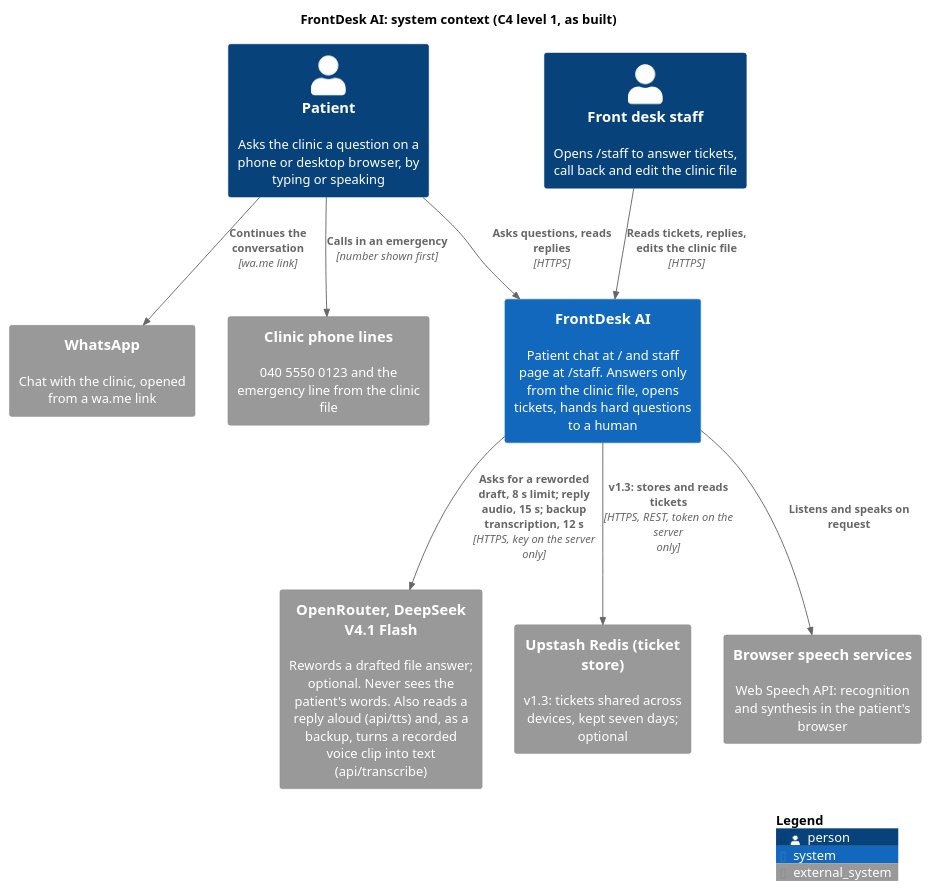
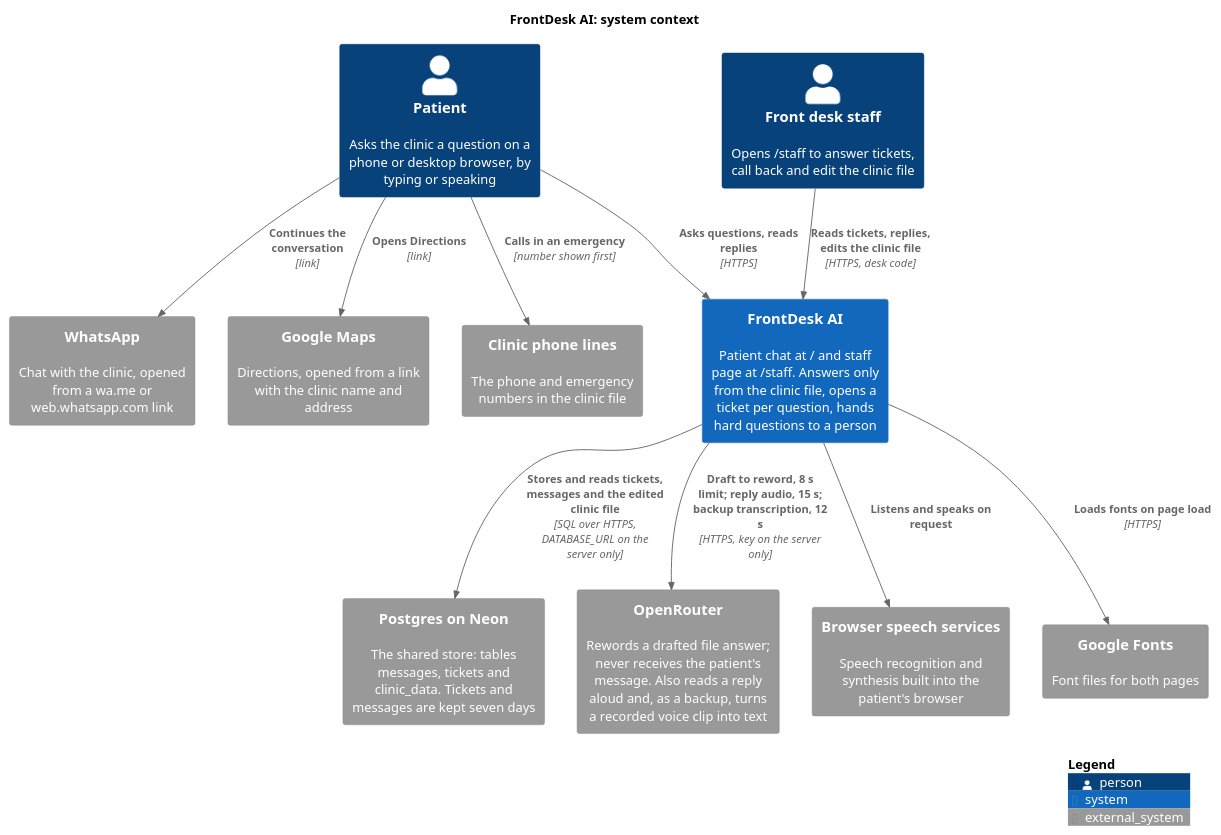
Before and after one commit to karwasanjay007/frontdesk-ai-docs: the diagram in docs/diagrams/c4-context.puml, drawn with PlantUML. The commit also changed 63 other files, not shown here.

First line of the commit message:
Documents rewritten as one text about version 1.7.2.0, read from the code

```diff
--- a/docs/diagrams/c4-context.puml
+++ b/docs/diagrams/c4-context.puml
@@ -1,23 +1,27 @@
 @startuml c4-context
 !include <C4/C4_Context>
-title FrontDesk AI: system context (C4 level 1, as built)
+title FrontDesk AI: system context
 
 Person(patient, "Patient", "Asks the clinic a question on a phone or desktop browser, by typing or speaking")
 Person(staff, "Front desk staff", "Opens /staff to answer tickets, call back and edit the clinic file")
-System(frontdesk, "FrontDesk AI", "Patient chat at / and staff page at /staff. Answers only from the clinic file, opens tickets, hands hard questions to a human")
-System_Ext(model, "OpenRouter, DeepSeek V4.1 Flash", "Rewords a drafted file answer; optional. Never sees the patient's words. Also reads a reply aloud (api/tts) and, as a backup, turns a recorded voice clip into text (api/transcribe)")
-System_Ext(upstash, "Upstash Redis (ticket store)", "v1.3: tickets shared across devices, kept seven days; optional")
-System_Ext(speechsvc, "Browser speech services", "Web Speech API: recognition and synthesis in the patient's browser")
-System_Ext(whatsapp, "WhatsApp", "Chat with the clinic, opened from a wa.me link")
-System_Ext(phone, "Clinic phone lines", "040 5550 0123 and the emergency line from the clinic file")
+System(frontdesk, "FrontDesk AI", "Patient chat at / and staff page at /staff. Answers only from the clinic file, opens a ticket per question, hands hard questions to a person")
+System_Ext(neon, "Postgres on Neon", "The shared store: tables messages, tickets and clinic_data. Tickets and messages are kept seven days")
+System_Ext(model, "OpenRouter", "Rewords a drafted file answer; never receives the patient's message. Also reads a reply aloud and, as a backup, turns a recorded voice clip into text")
+System_Ext(speechsvc, "Browser speech services", "Speech recognition and synthesis built into the patient's browser")
+System_Ext(fonts, "Google Fonts", "Font files for both pages")
+System_Ext(whatsapp, "WhatsApp", "Chat with the clinic, opened from a wa.me or web.whatsapp.com link")
+System_Ext(maps, "Google Maps", "Directions, opened from a link with the clinic name and address")
+System_Ext(phone, "Clinic phone lines", "The phone and emergency numbers in the clinic file")
 
 Rel(patient, frontdesk, "Asks questions, reads replies", "HTTPS")
-Rel(staff, frontdesk, "Reads tickets, replies, edits the clinic file", "HTTPS")
-Rel(frontdesk, model, "Asks for a reworded draft, 8 s limit; reply audio, 15 s; backup transcription, 12 s", "HTTPS, key on the server only")
-Rel(frontdesk, upstash, "v1.3: stores and reads tickets", "HTTPS, REST, token on the server only")
+Rel(staff, frontdesk, "Reads tickets, replies, edits the clinic file", "HTTPS, desk code")
+Rel(frontdesk, neon, "Stores and reads tickets, messages and the edited clinic file", "SQL over HTTPS, DATABASE_URL on the server only")
+Rel(frontdesk, model, "Draft to reword, 8 s limit; reply audio, 15 s; backup transcription, 12 s", "HTTPS, key on the server only")
 Rel(frontdesk, speechsvc, "Listens and speaks on request")
-Rel(patient, whatsapp, "Continues the conversation", "wa.me link")
+Rel(frontdesk, fonts, "Loads fonts on page load", "HTTPS")
+Rel(patient, whatsapp, "Continues the conversation", "link")
+Rel(patient, maps, "Opens Directions", "link")
 Rel(patient, phone, "Calls in an emergency", "number shown first")
 
 SHOW_LEGEND()
 @enduml
```
